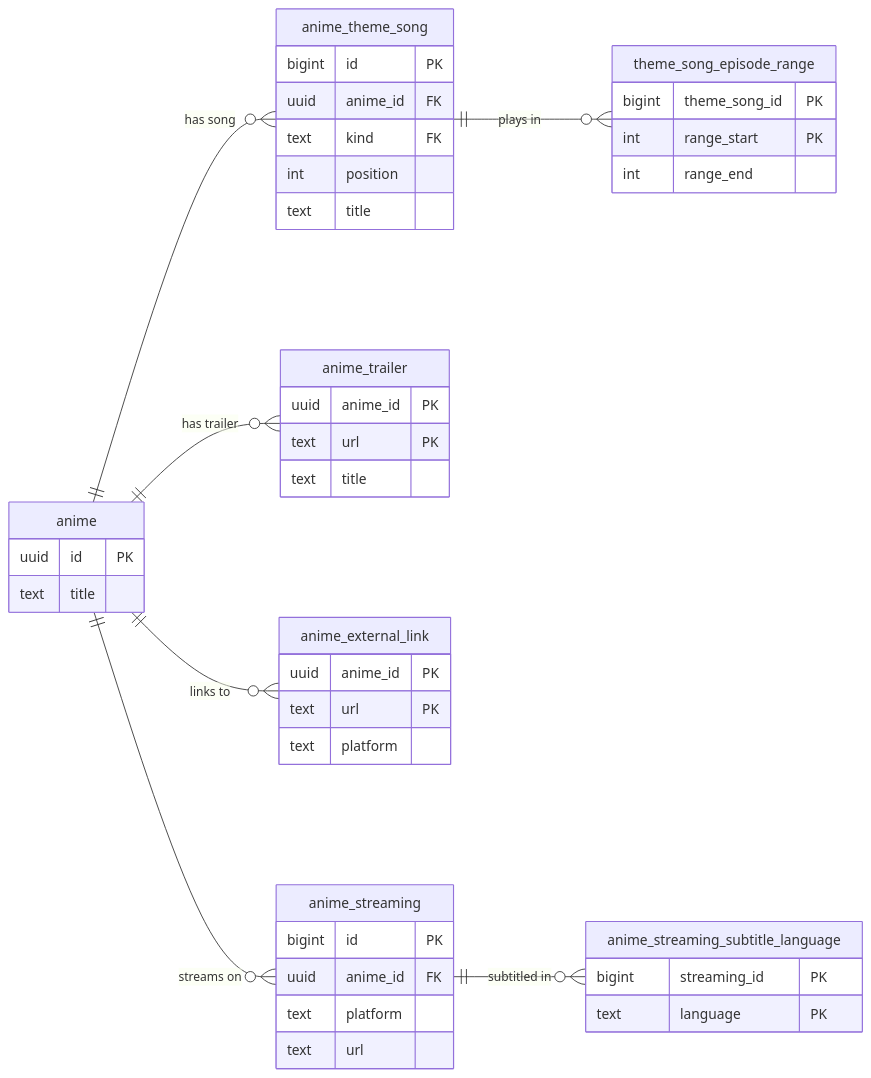
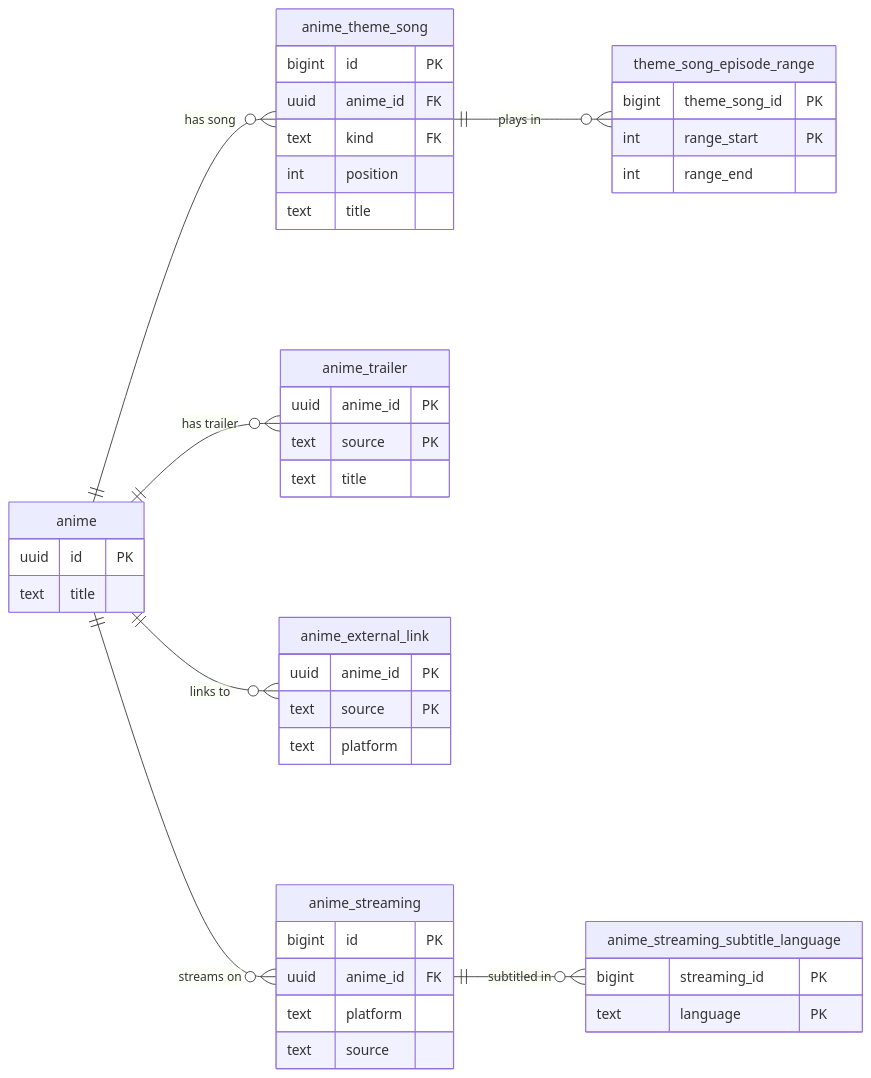
One commit to adnanaq/echora changed the third of 7 diagrams in docs/architecture/Database Schema.md. Above: the diagram before and after it, drawn with Mermaid. The commit also changed other lines of this file and 170 other files, not shown here.

````diff
--- a/docs/architecture/Database Schema.md
+++ b/docs/architecture/Database Schema.md
@@ -187,47 +187,47 @@
 ```mermaid
 erDiagram
   direction LR
   anime ||--o{ anime_theme_song : "has song"
   anime_theme_song ||--o{ theme_song_episode_range : "plays in"
   anime ||--o{ anime_trailer : "has trailer"
   anime ||--o{ anime_external_link : "links to"
   anime ||--o{ anime_streaming : "streams on"
   anime_streaming ||--o{ anime_streaming_subtitle_language : "subtitled in"
 
   anime {
     uuid id PK
     text title
   }
   anime_theme_song {
     bigint id PK
     uuid anime_id FK
     text kind FK
     int position
     text title
   }
   theme_song_episode_range {
     bigint theme_song_id PK
     int range_start PK
     int range_end
   }
   anime_streaming {
     bigint id PK
     uuid anime_id FK
     text platform
-    text url
+    text source
   }
   anime_streaming_subtitle_language {
     bigint streaming_id PK
     text language PK
   }
   anime_trailer {
     uuid anime_id PK
-    text url PK
+    text source PK
     text title
   }
   anime_external_link {
     uuid anime_id PK
-    text url PK
+    text source PK
     text platform
   }
 ```
````
